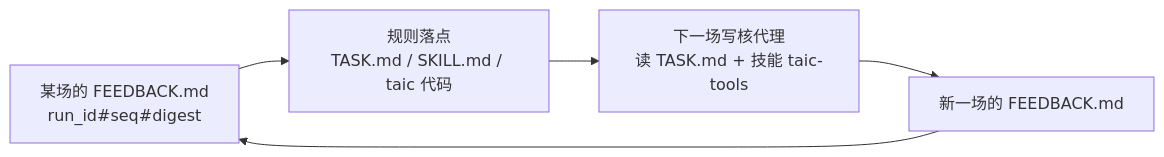
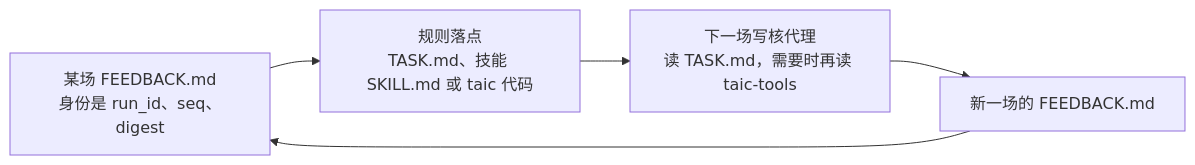
One commit to kuafuwang/ShapeForge changed the second of 2 diagrams in docs/写核代理读什么.md. Above: the diagram before and after it, drawn with Mermaid. The commit also changed other lines of this file and 41 other files, not shown here.

First line of the commit message:
docs: explain the live architecture with diagrams instead of jargon

````diff
--- a/docs/写核代理读什么.md
+++ b/docs/写核代理读什么.md
@@ -19,7 +37,7 @@
 ```mermaid
 flowchart LR
-  F["某场的 FEEDBACK.md<br/>run_id#seq#digest"] --> D["规则落点<br/>TASK.md / SKILL.md / taic 代码"]
-  D --> N["下一场写核代理<br/>读 TASK.md + 技能 taic-tools"]
+  F["某场 FEEDBACK.md<br/>身份是 run_id、seq、digest"] --> D["规则落点<br/>TASK.md、技能 SKILL.md 或 taic 代码"]
+  D --> N["下一场写核代理<br/>读 TASK.md，需要时再读 taic-tools"]
   N --> G["新一场的 FEEDBACK.md"]
   G --> F
 ```
````
